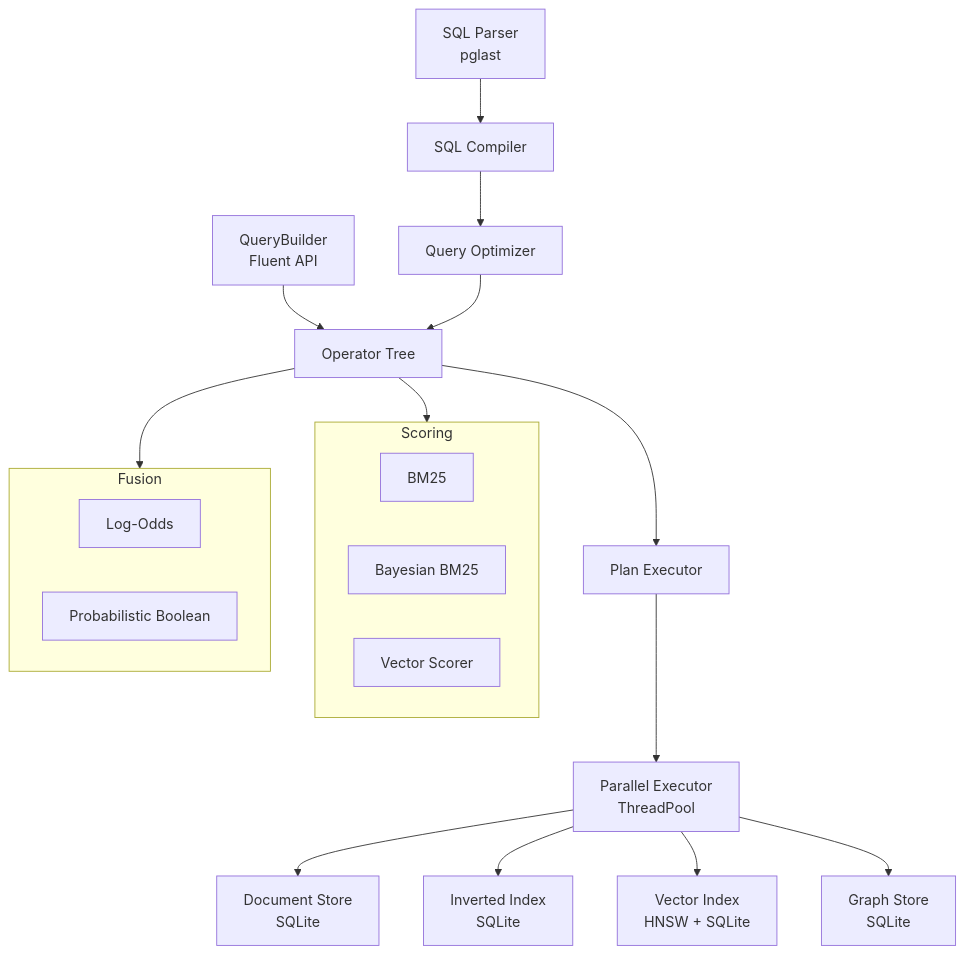
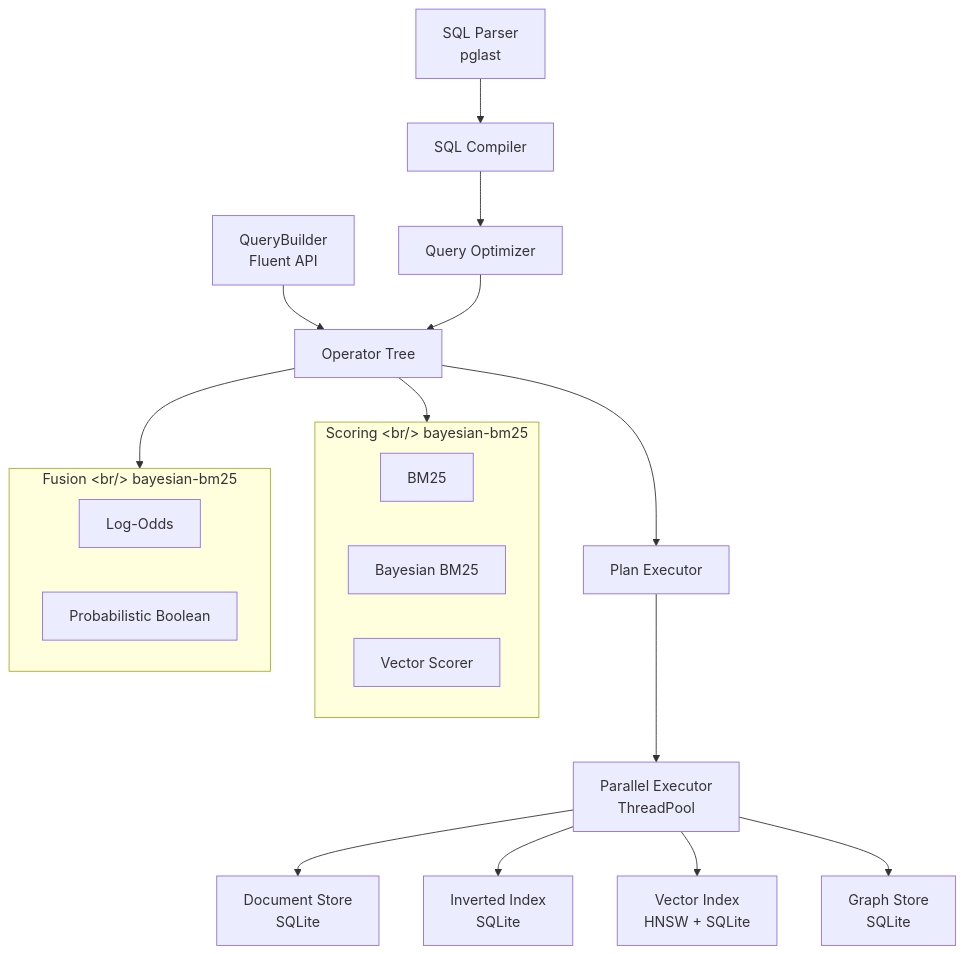
One commit to cognica-io/uqa changed the diagram in README.md. Above: the diagram before and after it, drawn with Mermaid. The commit also changed other lines of this file, not shown here.

Commit message:
Update README: add bayesian-bm25 dependency, pip install, package structure

````diff
--- a/README.md
+++ b/README.md
@@ -44,29 +44,29 @@
 ```mermaid
 graph TD
     SQL[SQL Parser<br/>pglast] --> Compiler[SQL Compiler]
     QB[QueryBuilder<br/>Fluent API] --> Operators
 
     Compiler --> Optimizer[Query Optimizer]
     Optimizer --> Operators[Operator Tree]
     Operators --> Executor[Plan Executor]
     Executor --> PAR[Parallel Executor<br/>ThreadPool]
 
     PAR --> DS[Document Store<br/>SQLite]
     PAR --> II[Inverted Index<br/>SQLite]
     PAR --> VI[Vector Index<br/>HNSW + SQLite]
     PAR --> GS[Graph Store<br/>SQLite]
 
-    subgraph Scoring
+    subgraph Scoring [Scoring &lt;br/&gt; bayesian-bm25]
         BM25[BM25]
         BBFS[Bayesian BM25]
         VS[Vector Scorer]
     end
 
-    subgraph Fusion
+    subgraph Fusion [Fusion &lt;br/&gt; bayesian-bm25]
         LO[Log-Odds]
         PB[Probabilistic Boolean]
     end
 
     Operators --> Scoring
     Operators --> Fusion
 ```
````
